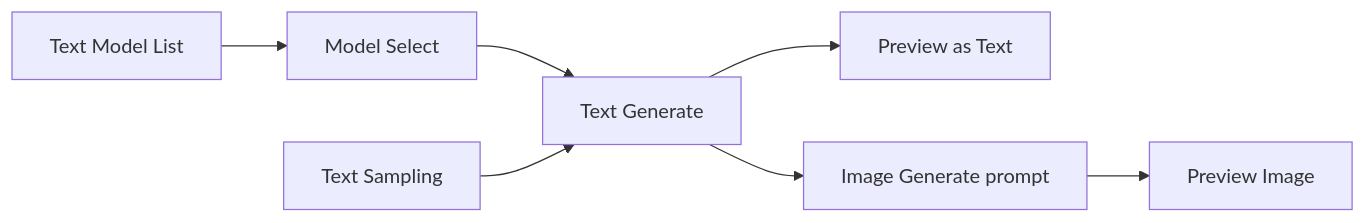
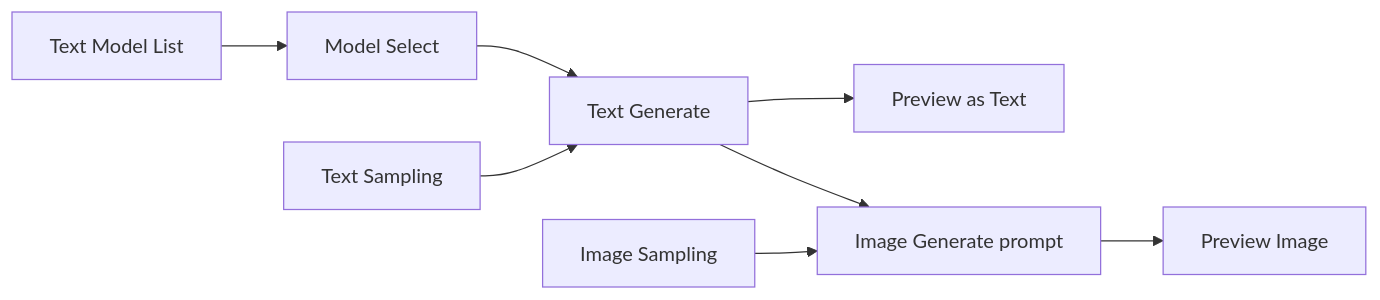
Before and after one commit to Malte0621/hordeai-comfy: the diagram in README.md, drawn with Mermaid. The commit also changed other lines of this file and 8 other files, not shown here.

First line of the commit message:
feat(image_gen): Separate sampling node.

````diff
--- a/README.md
+++ b/README.md
@@ -99,9 +113,10 @@
 ```mermaid
 flowchart LR
     Models[Text Model List] --> Select[Model Select]
     Select --> Text[Text Generate]
     Sampling[Text Sampling] --> Text
     Text --> Preview[Preview as Text]
     Text --> Image[Image Generate prompt]
+    ImageSampling[Image Sampling] --> Image
     Image --> Images[Preview Image]
 ```
````
